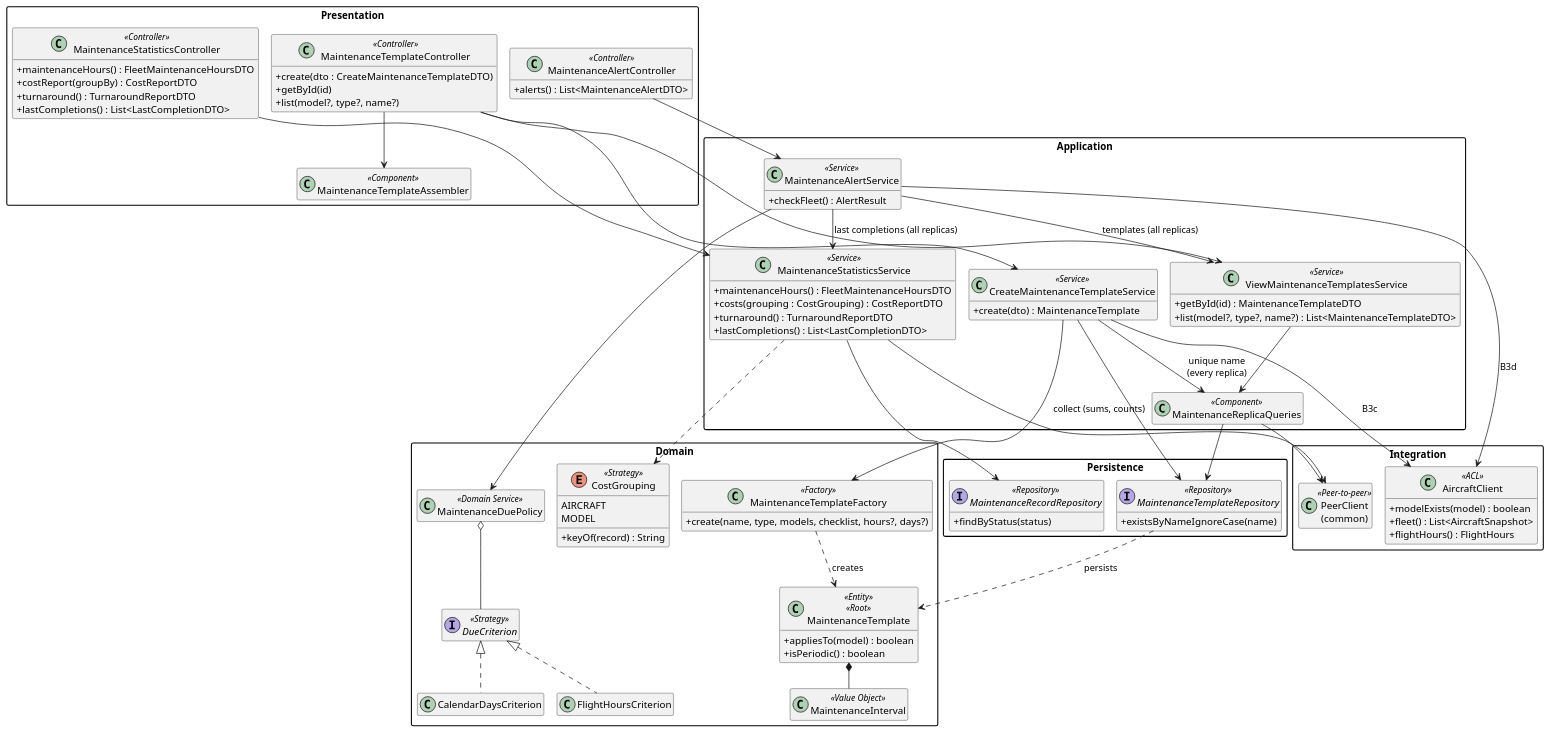
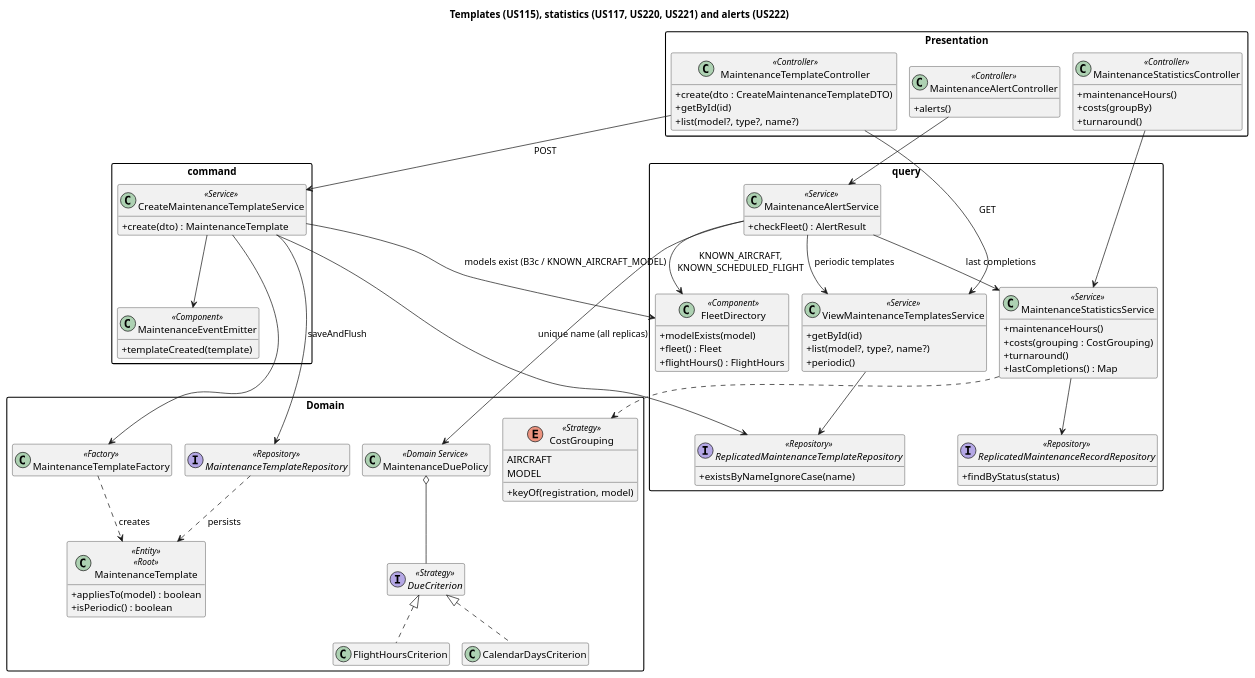
Before and after one commit to caetanotiago/Project_SIDIS: the diagram in docs/4-code/maintenance/puml/Maintenance-CD-TemplatesReports.puml, drawn with PlantUML. The commit also changed 43 other files, not shown here.

```diff
--- a/docs/4-code/maintenance/puml/Maintenance-CD-TemplatesReports.puml
+++ b/docs/4-code/maintenance/puml/Maintenance-CD-TemplatesReports.puml
@@ -1,110 +1,101 @@
 @startuml Maintenance-CD-TemplatesReports
 !pragma layout smetana
 skinparam classAttributeIconSize 0
 skinparam packageStyle rectangle
 hide empty members
+title Templates (US115), statistics (US117, US220, US221) and alerts (US222)
 
 package "Presentation" {
     class MaintenanceTemplateController <<Controller>> {
         + create(dto : CreateMaintenanceTemplateDTO)
         + getById(id)
         + list(model?, type?, name?)
     }
     class MaintenanceStatisticsController <<Controller>> {
-        + maintenanceHours() : FleetMaintenanceHoursDTO
-        + costReport(groupBy) : CostReportDTO
-        + turnaround() : TurnaroundReportDTO
-        + lastCompletions() : List<LastCompletionDTO>
+        + maintenanceHours()
+        + costs(groupBy)
+        + turnaround()
     }
     class MaintenanceAlertController <<Controller>> {
-        + alerts() : List<MaintenanceAlertDTO>
+        + alerts()
     }
-    class MaintenanceTemplateAssembler <<Component>>
 }
 
-package "Application" {
+package "command" {
     class CreateMaintenanceTemplateService <<Service>> {
         + create(dto) : MaintenanceTemplate
     }
+    class MaintenanceEventEmitter <<Component>> {
+        + templateCreated(template)
+    }
+}
+
+package "query" {
     class ViewMaintenanceTemplatesService <<Service>> {
-        + getById(id) : MaintenanceTemplateDTO
-        + list(model?, type?, name?) : List<MaintenanceTemplateDTO>
+        + getById(id)
+        + list(model?, type?, name?)
+        + periodic()
     }
     class MaintenanceStatisticsService <<Service>> {
-        + maintenanceHours() : FleetMaintenanceHoursDTO
-        + costs(grouping : CostGrouping) : CostReportDTO
-        + turnaround() : TurnaroundReportDTO
-        + lastCompletions() : List<LastCompletionDTO>
+        + maintenanceHours()
+        + costs(grouping : CostGrouping)
+        + turnaround()
+        + lastCompletions() : Map
     }
     class MaintenanceAlertService <<Service>> {
         + checkFleet() : AlertResult
     }
-    class MaintenanceReplicaQueries <<Component>>
+    interface ReplicatedMaintenanceTemplateRepository <<Repository>> {
+        + existsByNameIgnoreCase(name)
+    }
+    interface ReplicatedMaintenanceRecordRepository <<Repository>> {
+        + findByStatus(status)
+    }
+    class FleetDirectory <<Component>> {
+        + modelExists(model)
+        + fleet() : Fleet
+        + flightHours() : FlightHours
+    }
 }
 
 package "Domain" {
-    class MaintenanceTemplateFactory <<Factory>> {
-        + create(name, type, models, checklist, hours?, days?)
-    }
+    class MaintenanceTemplateFactory <<Factory>>
     class MaintenanceTemplate <<Entity>> <<Root>> {
         + appliesTo(model) : boolean
         + isPeriodic() : boolean
     }
-    class MaintenanceInterval <<Value Object>>
-    MaintenanceTemplate *-- MaintenanceInterval
+    interface MaintenanceTemplateRepository <<Repository>>
     enum CostGrouping <<Strategy>> {
         AIRCRAFT
         MODEL
-        + keyOf(record) : String
+        + keyOf(registration, model)
     }
     class MaintenanceDuePolicy <<Domain Service>>
     interface DueCriterion <<Strategy>>
     class FlightHoursCriterion
     class CalendarDaysCriterion
     MaintenanceDuePolicy o-- DueCriterion
     DueCriterion <|.. FlightHoursCriterion
     DueCriterion <|.. CalendarDaysCriterion
 }
 
-package "Persistence" {
-    interface MaintenanceTemplateRepository <<Repository>> {
-        + existsByNameIgnoreCase(name)
-    }
-    interface MaintenanceRecordRepository <<Repository>> {
-        + findByStatus(status)
-    }
-}
-
-package "Integration" {
-    class AircraftClient <<ACL>> {
-        + modelExists(model) : boolean
-        + fleet() : List<AircraftSnapshot>
-        + flightHours() : FlightHours
-    }
-    class "PeerClient\n(common)" as PeerClient <<Peer-to-peer>>
-}
-
-MaintenanceTemplateController --> CreateMaintenanceTemplateService
-MaintenanceTemplateController --> ViewMaintenanceTemplatesService
-MaintenanceTemplateController --> MaintenanceTemplateAssembler
+MaintenanceTemplateController --> CreateMaintenanceTemplateService : POST
+MaintenanceTemplateController --> ViewMaintenanceTemplatesService : GET
 MaintenanceStatisticsController --> MaintenanceStatisticsService
 MaintenanceAlertController --> MaintenanceAlertService
 
-CreateMaintenanceTemplateService --> AircraftClient : B3c
-CreateMaintenanceTemplateService --> MaintenanceReplicaQueries : unique name\n(every replica)
 CreateMaintenanceTemplateService --> MaintenanceTemplateFactory
-CreateMaintenanceTemplateService --> MaintenanceTemplateRepository
-ViewMaintenanceTemplatesService --> MaintenanceReplicaQueries
-MaintenanceStatisticsService --> MaintenanceRecordRepository
-MaintenanceStatisticsService --> PeerClient : collect (sums, counts)
+CreateMaintenanceTemplateService --> ReplicatedMaintenanceTemplateRepository : unique name (all replicas)
+CreateMaintenanceTemplateService --> FleetDirectory : models exist (B3c / KNOWN_AIRCRAFT_MODEL)
+CreateMaintenanceTemplateService --> MaintenanceTemplateRepository : saveAndFlush
+CreateMaintenanceTemplateService --> MaintenanceEventEmitter
+ViewMaintenanceTemplatesService --> ReplicatedMaintenanceTemplateRepository
+MaintenanceStatisticsService --> ReplicatedMaintenanceRecordRepository
 MaintenanceStatisticsService ..> CostGrouping
-MaintenanceAlertService --> AircraftClient : B3d
-MaintenanceAlertService --> ViewMaintenanceTemplatesService : templates (all replicas)
-MaintenanceAlertService --> MaintenanceStatisticsService : last completions (all replicas)
+MaintenanceAlertService --> FleetDirectory : KNOWN_AIRCRAFT,\nKNOWN_SCHEDULED_FLIGHT
+MaintenanceAlertService --> ViewMaintenanceTemplatesService : periodic templates
+MaintenanceAlertService --> MaintenanceStatisticsService : last completions
 MaintenanceAlertService --> MaintenanceDuePolicy
-MaintenanceReplicaQueries --> MaintenanceTemplateRepository
-MaintenanceReplicaQueries --> PeerClient
-
 MaintenanceTemplateFactory ..> MaintenanceTemplate : creates
 MaintenanceTemplateRepository ..> MaintenanceTemplate : persists
 @enduml
```
